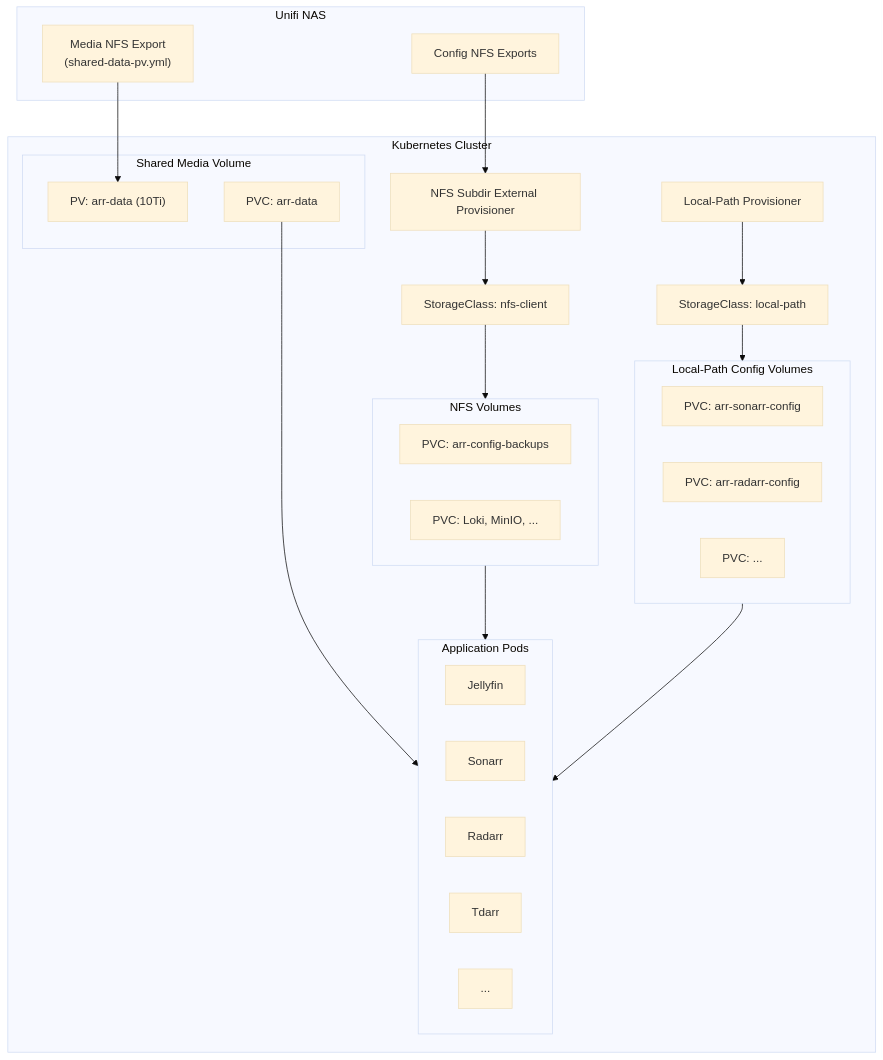
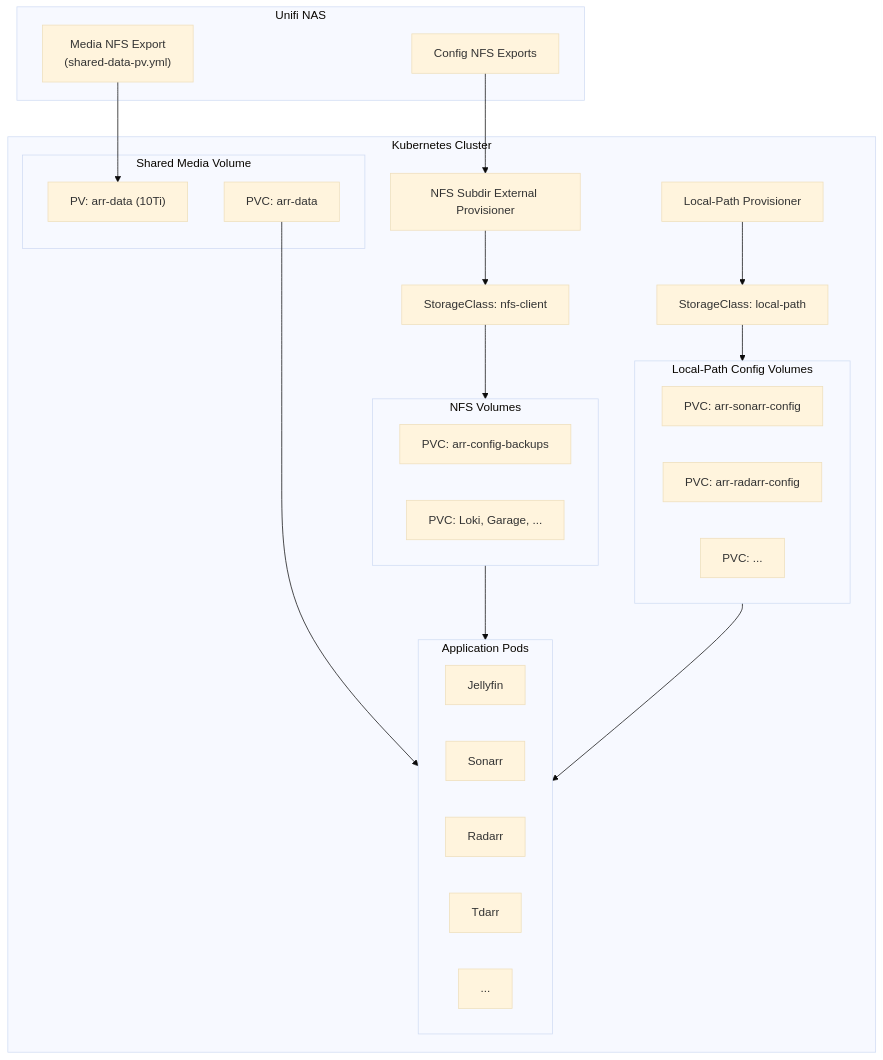
One commit to kyleseneker/homelab changed the diagram in docs/architecture/storage.md. Above: the diagram before and after it, drawn with Mermaid (base theme). The commit also changed other lines of this file and 20 other files, not shown here.

````diff
--- a/docs/architecture/storage.md
+++ b/docs/architecture/storage.md
@@ -7,48 +7,48 @@
 ```mermaid
 flowchart TD
     subgraph nas["Unifi NAS"]
         nfsExport["Media NFS Export\n(shared-data-pv.yml)"]
         configExport["Config NFS Exports"]
     end
 
     subgraph k8sCluster["Kubernetes Cluster"]
         nfsProv["NFS Subdir External Provisioner"]
         localProv["Local-Path Provisioner"]
         scNfsClient["StorageClass: nfs-client"]
         scLocalPath["StorageClass: local-path"]
 
         subgraph sharedVol["Shared Media Volume"]
             arrPV["PV: arr-data (10Ti)"]
             arrPVC["PVC: arr-data"]
         end
 
         subgraph nfsVols["NFS Volumes"]
             backupPVC["PVC: arr-config-backups"]
-            otherPVC["PVC: Loki, MinIO, ..."]
+            otherPVC["PVC: Loki, Garage, ..."]
         end
 
         subgraph localVols["Local-Path Config Volumes"]
             sonarrPVC["PVC: arr-sonarr-config"]
             radarrPVC["PVC: arr-radarr-config"]
             moreLocalPVC["PVC: ..."]
         end
 
         subgraph appPods["Application Pods"]
             jellyfin["Jellyfin"]
             sonarr["Sonarr"]
             radarr["Radarr"]
             tdarr["Tdarr"]
             otherApps["..."]
         end
     end
 
     nfsExport --> arrPV
     configExport --> nfsProv
     nfsProv --> scNfsClient
     scNfsClient --> nfsVols
     localProv --> scLocalPath
     scLocalPath --> localVols
     arrPVC --> appPods
     nfsVols --> appPods
     localVols --> appPods
 ```
````
